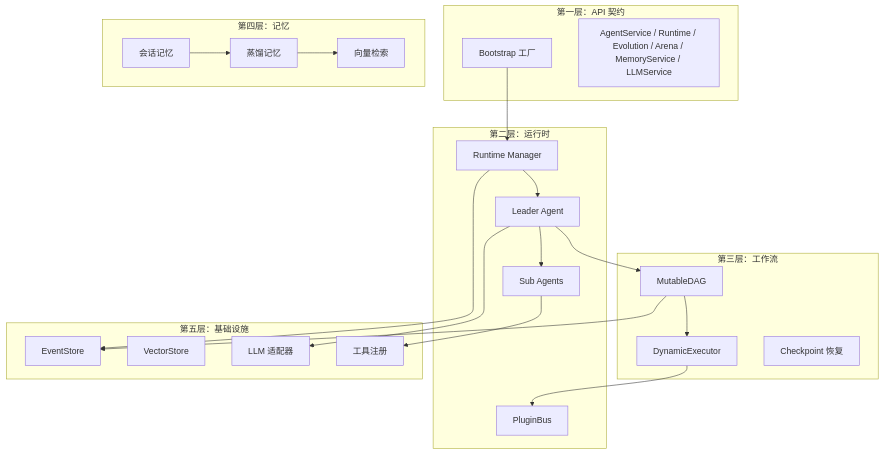
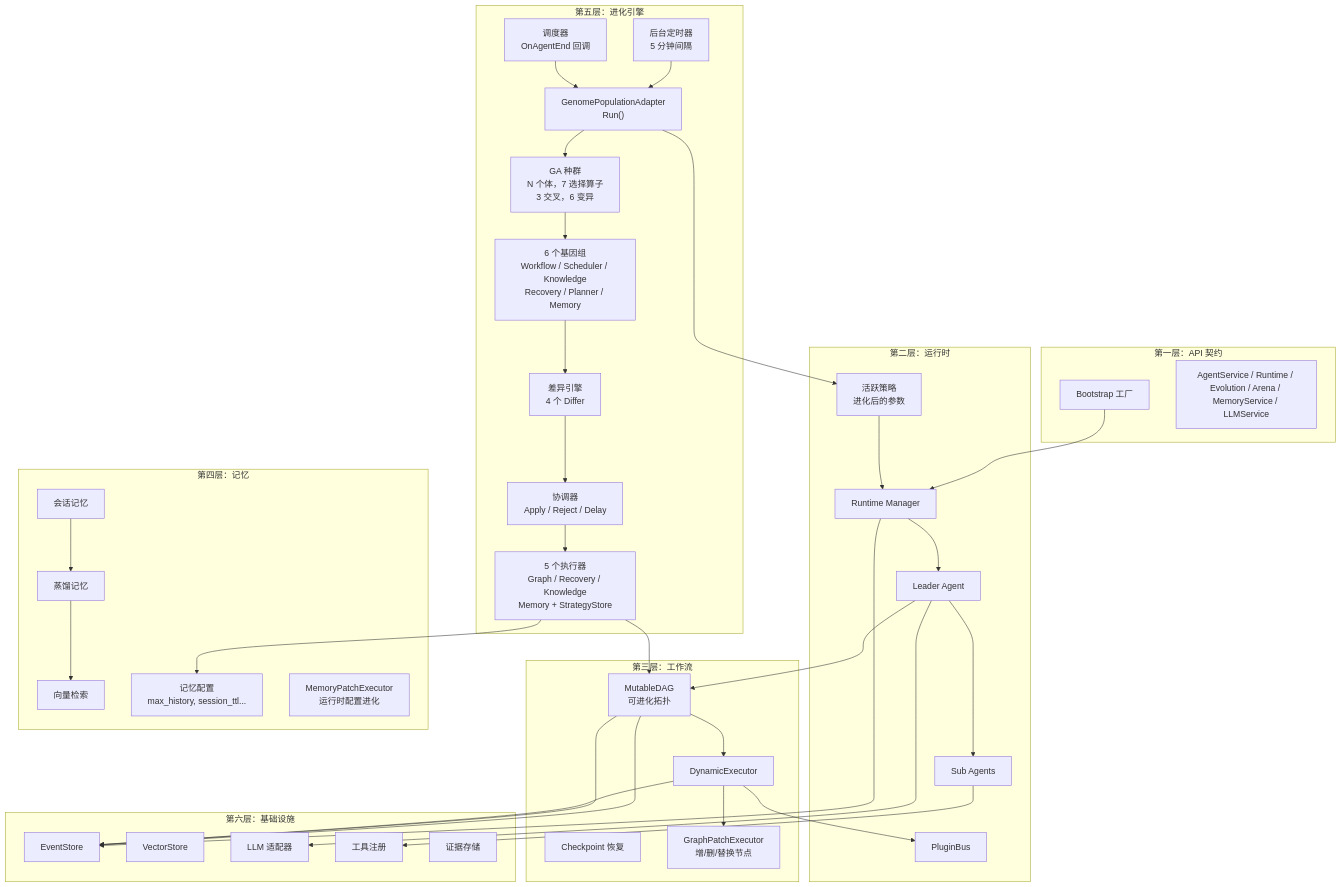
The diagram in docs/articles/zh/architecture-overview-deep-dive.md (Timwood0x10/ARES), drawn with Mermaid before and after one commit. The commit also changed other lines of this file and 63 other files, not shown here.

````diff
--- a/docs/articles/zh/architecture-overview-deep-dive.md
+++ b/docs/articles/zh/architecture-overview-deep-dive.md
@@ -27,46 +27,77 @@
 ```mermaid
 graph TB
     subgraph API ["第一层：API 契约"]
         Bootstrap["Bootstrap 工厂"]
         Interfaces["AgentService / Runtime / Evolution / Arena / MemoryService / LLMService"]
     end
 
     subgraph Runtime ["第二层：运行时"]
         RT["Runtime Manager"]
         Leader["Leader Agent"]
         Sub["Sub Agents"]
         PluginBus["PluginBus"]
+        Strategy["活跃策略<br/>进化后的参数"]
     end
 
     subgraph Workflow ["第三层：工作流"]
-        DAG["MutableDAG"]
+        DAG["MutableDAG<br/>可进化拓扑"]
         Exec["DynamicExecutor"]
         Checkpoint["Checkpoint 恢复"]
+        GraphPatch["GraphPatchExecutor<br/>增/删/替换节点"]
     end
 
     subgraph Memory ["第四层：记忆"]
         Session["会话记忆"]
         Distilled["蒸馏记忆"]
         Retrieval["向量检索"]
+        MemConfig["记忆配置<br/>max_history, session_ttl..."]
+        MemPatch["MemoryPatchExecutor<br/>运行时配置进化"]
     end
 
-    subgraph Infra ["第五层：基础设施"]
+    subgraph Evolution ["第五层：进化引擎"]
+        GA["GA 种群<br/>N 个体，7 选择算子<br/>3 交叉，6 变异"]
+        Tick["后台定时器<br/>5 分钟间隔"]
+        Sched["调度器<br/>OnAgentEnd 回调"]
+        Adapter["GenomePopulationAdapter<br/>Run()"]
+        Genomes["6 个基因组<br/>Workflow / Scheduler / Knowledge<br/>Recovery / Planner / Memory"]
+        Diff["差异引擎<br/>4 个 Differ"]
+        Coord["协调器<br/>Apply / Reject / Delay"]
+        Execs["5 个执行器<br/>Graph / Recovery / Knowledge<br/>Memory + StrategyStore"]
+    end
+
+    subgraph Infra ["第六层：基础设施"]
         Events["EventStore"]
         Storage["VectorStore"]
         LLM["LLM 适配器"]
         Tools["工具注册"]
+        Evidence["证据存储"]
     end
 
     Bootstrap --> RT
     RT --> Leader
     Leader --> Sub
     Leader --> DAG
     DAG --> Exec
     Exec --> PluginBus
+    Exec --> GraphPatch
     Session --> Distilled
     Distilled --> Retrieval
     RT --> Events
     DAG --> Events
     Leader --> LLM
     Sub --> Tools
+
+    Tick --> Adapter
+    Sched --> Adapter
+    Adapter --> GA
+    GA --> Genomes
+    Genomes --> Diff
+    Diff --> Coord
+    Coord --> Execs
+    Execs --> DAG
+    Execs --> MemConfig
+    Adapter --> Strategy
+    Strategy --> RT
+    DAG --> Events
+    Exec --> Events
 ```
````
